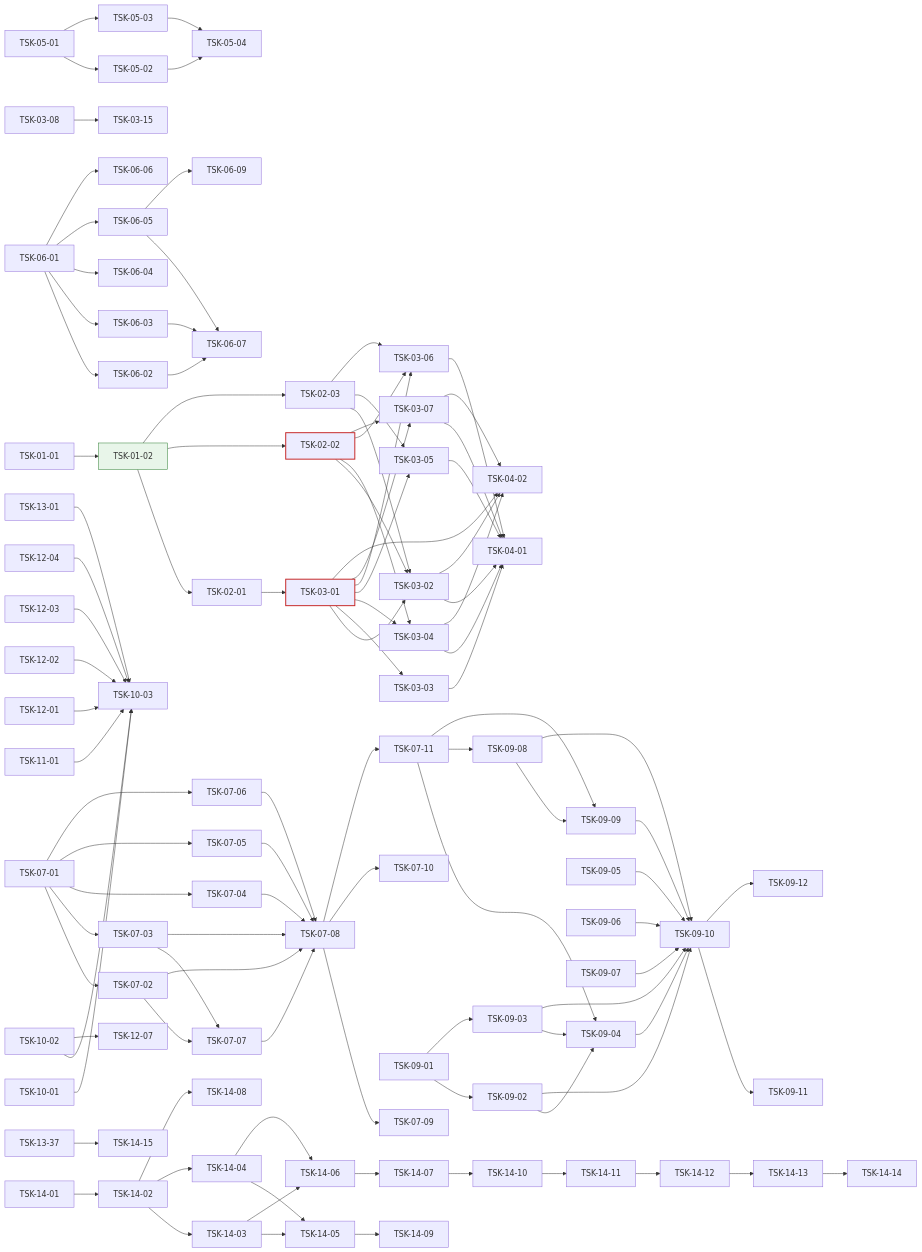
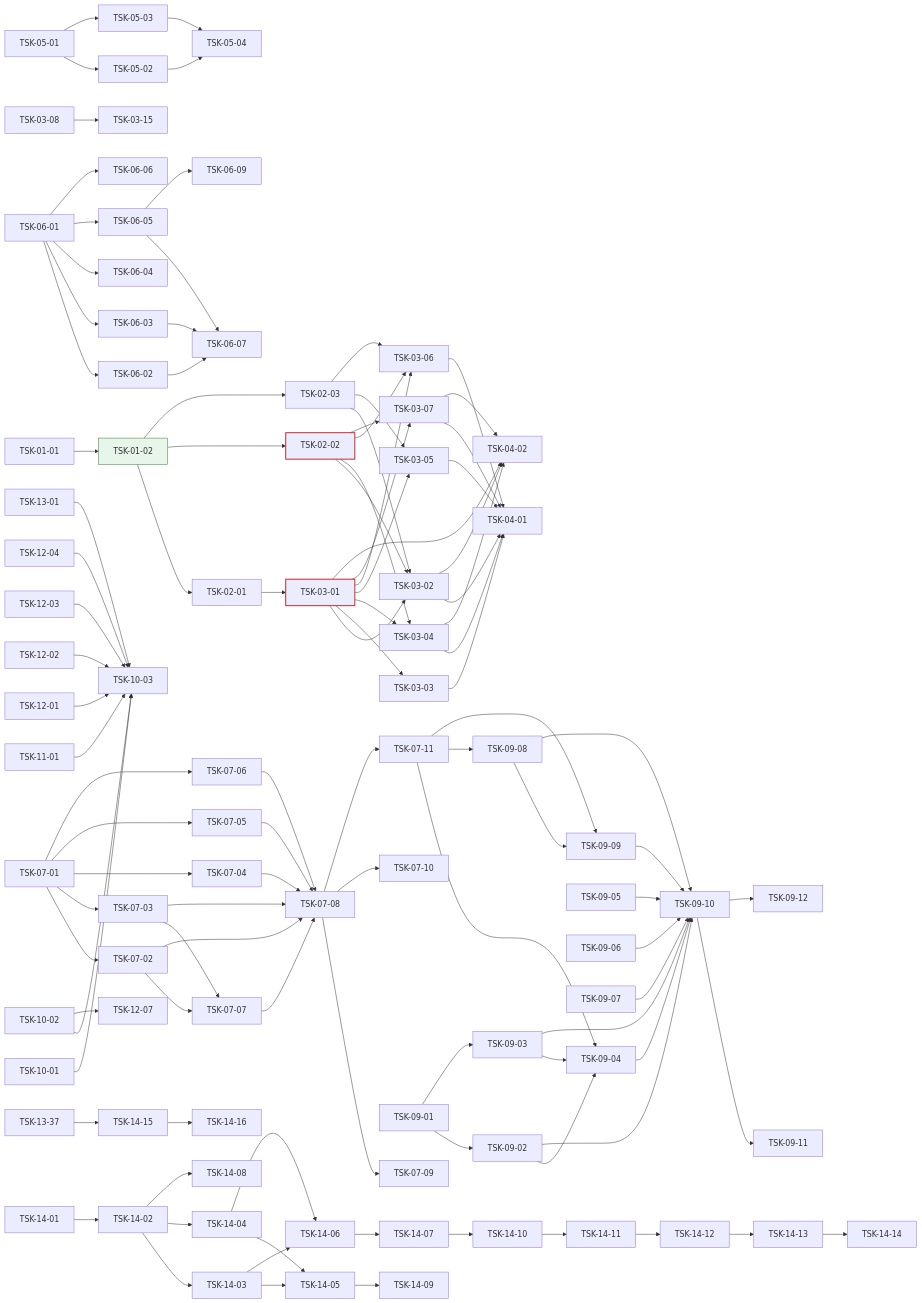
One commit to jongik-sv/oranda changed the diagram in docs/oranda1/wbs.md. Above: the diagram before and after it, drawn with Mermaid. The commit also changed other lines of this file and 9 other files, not shown here.

```diff
--- a/docs/oranda1/wbs.md
+++ b/docs/oranda1/wbs.md
@@ -1237,6 +1249,7 @@
   TSK-14-13 --> TSK-14-14
 
   TSK-13-37 --> TSK-14-15
+  TSK-14-15 --> TSK-14-16
   style TSK-01-02 fill:#e8f5e9,stroke:#2e7d32
   style TSK-03-01 stroke:#c62828,stroke-width:2px
   style TSK-02-02 stroke:#c62828,stroke-width:2px
```
